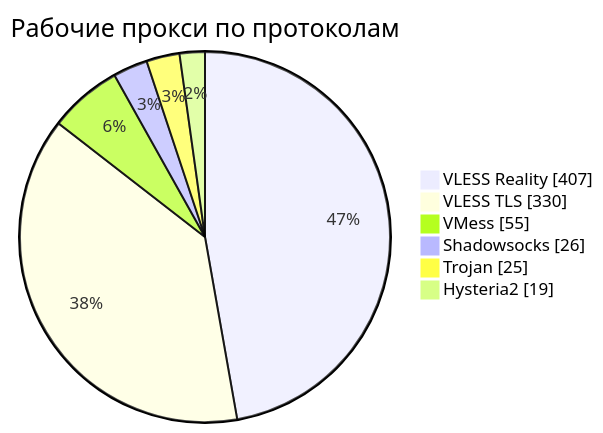
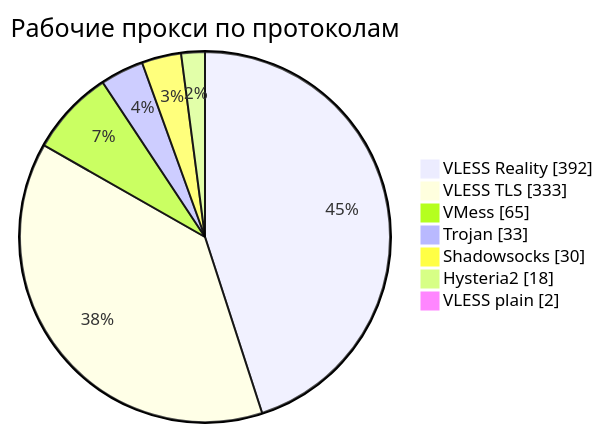
The third of 4 diagrams in README.md (rvvg/proxy-subs), drawn with Mermaid before and after one commit. The commit also changed other lines of this file and 47 other files, not shown here.

````diff
--- a/README.md
+++ b/README.md
@@ -137,10 +138,11 @@
 ```mermaid
 pie showData
     title Рабочие прокси по протоколам
-    "VLESS Reality" : 407
-    "VLESS TLS" : 330
-    "VMess" : 55
-    "Shadowsocks" : 26
-    "Trojan" : 25
-    "Hysteria2" : 19
+    "VLESS Reality" : 392
+    "VLESS TLS" : 333
+    "VMess" : 65
+    "Trojan" : 33
+    "Shadowsocks" : 30
+    "Hysteria2" : 18
+    "VLESS plain" : 2
 ```
````
